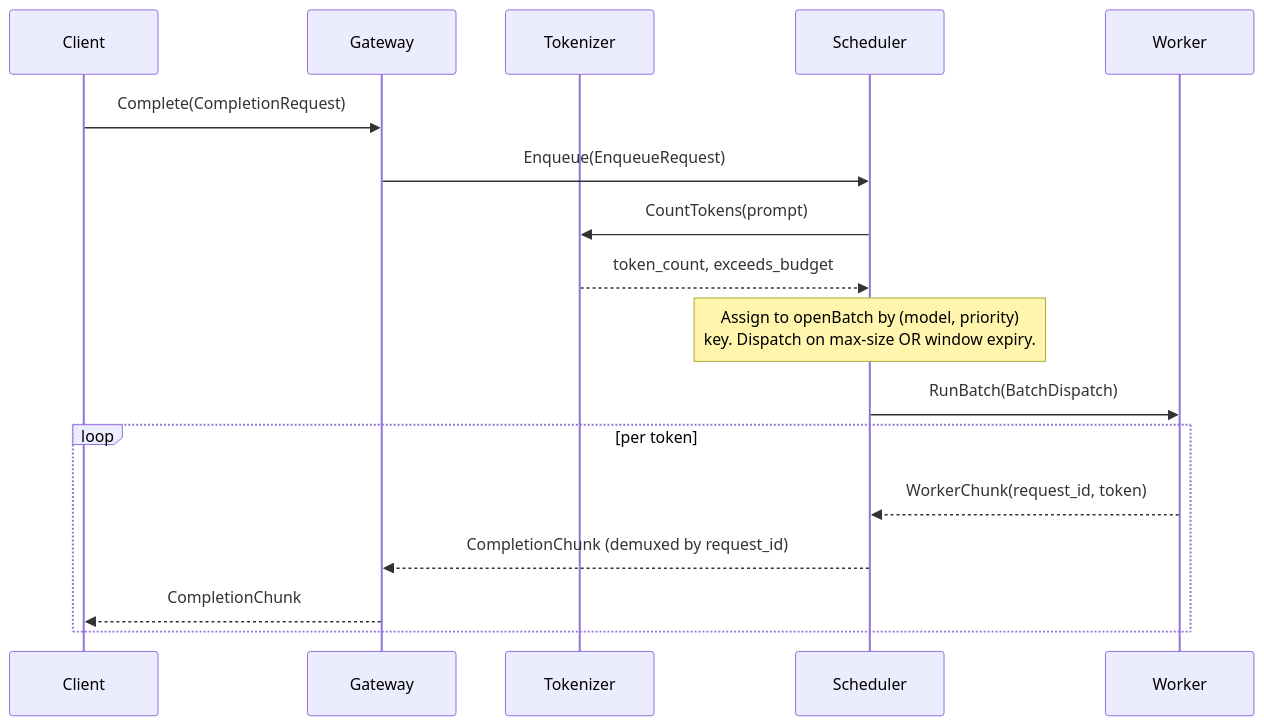
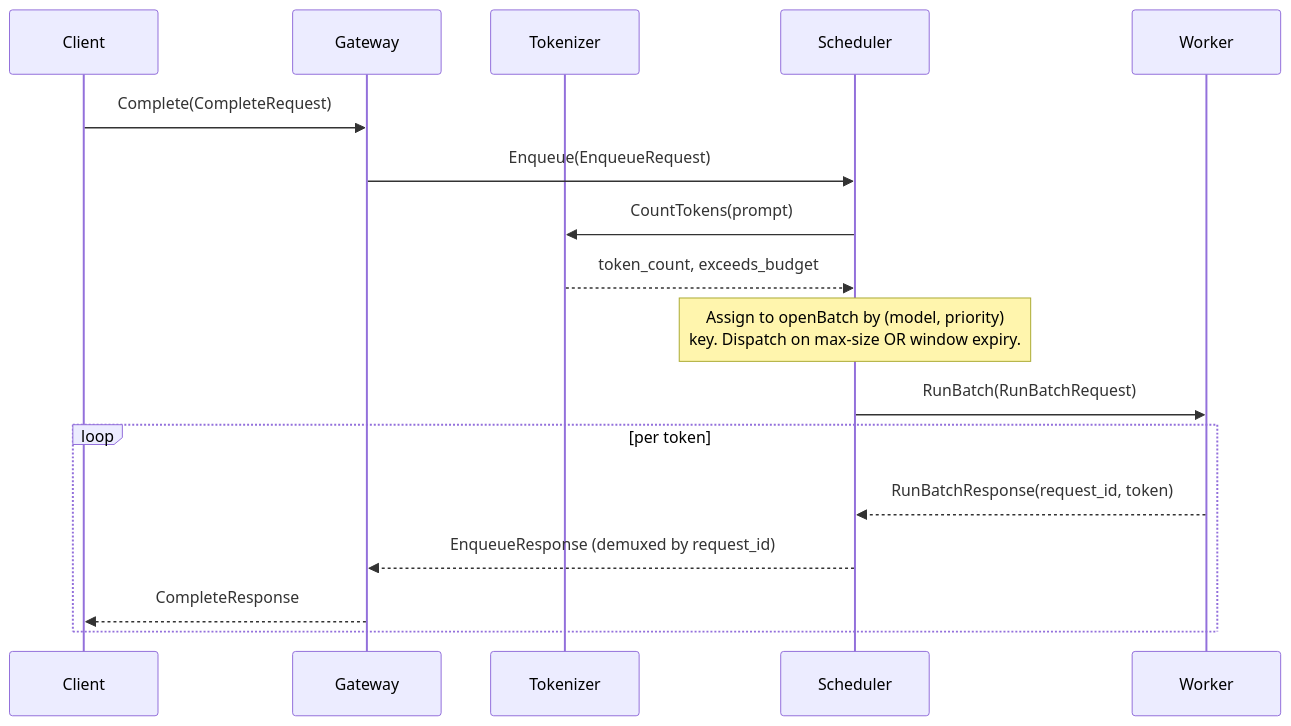
One commit to fadyphil/llm-batching-gateway changed the second of 2 diagrams in docs/ARCHITECTURE.md. Above: the diagram before and after it, drawn with Mermaid. The commit also changed 5 other files, not shown here.

First line of the commit message:
docs: update architecture and schema docs to match M0 implementation

````diff
--- a/docs/ARCHITECTURE.md
+++ b/docs/ARCHITECTURE.md
@@ -27,19 +27,19 @@
 ```mermaid
 sequenceDiagram
     participant C as Client
     participant GW as Gateway
     participant TOK as Tokenizer
     participant S as Scheduler
     participant W as Worker
-    C->>GW: Complete(CompletionRequest)
+    C->>GW: Complete(CompleteRequest)
     GW->>S: Enqueue(EnqueueRequest)
     S->>TOK: CountTokens(prompt)
     TOK-->>S: token_count, exceeds_budget
     Note over S: Assign to openBatch by (model, priority)<br/>key. Dispatch on max-size OR window expiry.
-    S->>W: RunBatch(BatchDispatch)
+    S->>W: RunBatch(RunBatchRequest)
     loop per token
-        W-->>S: WorkerChunk(request_id, token)
-        S-->>GW: CompletionChunk (demuxed by request_id)
-        GW-->>C: CompletionChunk
+        W-->>S: RunBatchResponse(request_id, token)
+        S-->>GW: EnqueueResponse (demuxed by request_id)
+        GW-->>C: CompleteResponse
     end
 ```
````
